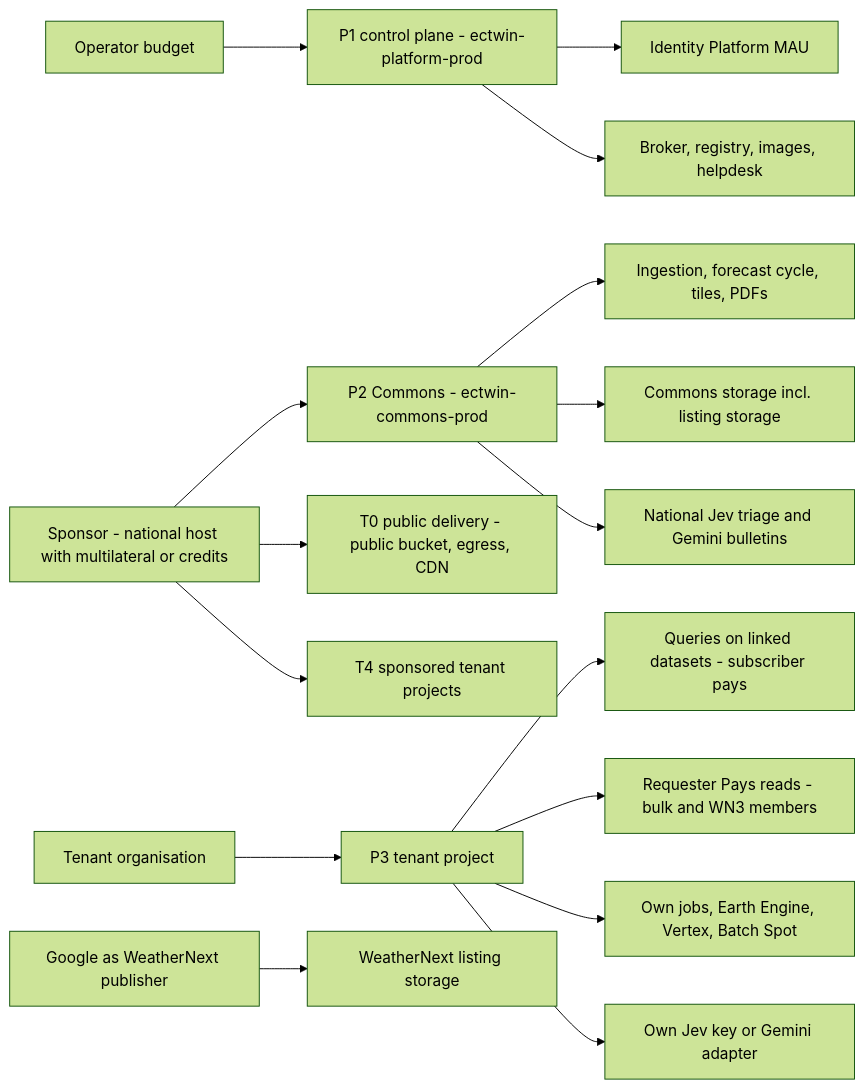
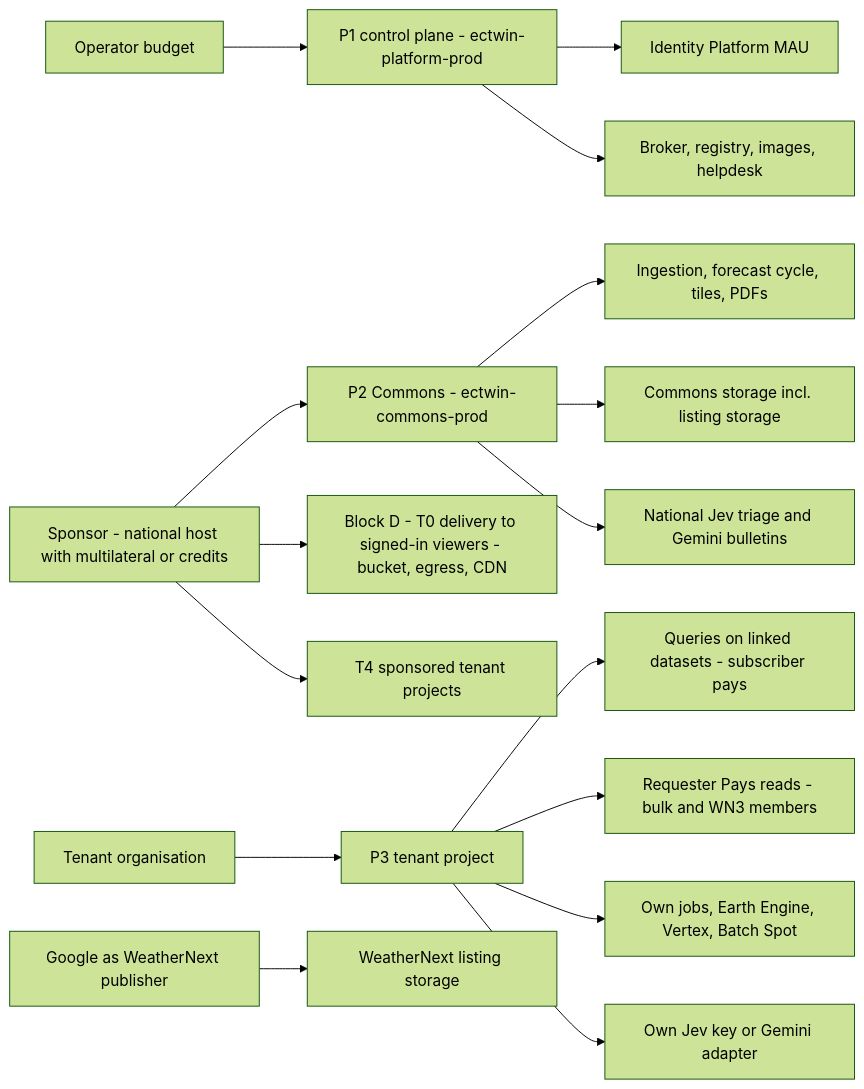
Before and after one commit to mcastroarroyo/weathernext: the first of 3 diagrams in docs/09-cost-model.md, drawn with Mermaid (forest theme). The commit also changed other lines of this file and 1 other file, not shown here.

````diff
--- a/docs/09-cost-model.md
+++ b/docs/09-cost-model.md
@@ -47,18 +47,18 @@
 ```mermaid
 flowchart LR
   OP["Operator budget"] --> P1["P1 control plane - ectwin-platform-prod"]
   SP["Sponsor - national host with multilateral or credits"] --> P2["P2 Commons - ectwin-commons-prod"]
-  SP --> D["T0 public delivery - public bucket, egress, CDN"]
+  SP --> D["Block D - T0 delivery to signed-in viewers - bucket, egress, CDN"]
   SP --> T4["T4 sponsored tenant projects"]
   TN["Tenant organisation"] --> P3["P3 tenant project"]
   GG["Google as WeatherNext publisher"] --> WS["WeatherNext listing storage"]
   P1 --> A1["Identity Platform MAU"]
   P1 --> A2["Broker, registry, images, helpdesk"]
   P2 --> B1["Ingestion, forecast cycle, tiles, PDFs"]
   P2 --> B2["Commons storage incl. listing storage"]
   P2 --> B3["National Jev triage and Gemini bulletins"]
   P3 --> C1["Queries on linked datasets - subscriber pays"]
   P3 --> C2["Requester Pays reads - bulk and WN3 members"]
   P3 --> C3["Own jobs, Earth Engine, Vertex, Batch Spot"]
   P3 --> C4["Own Jev key or Gemini adapter"]
 ```
````
